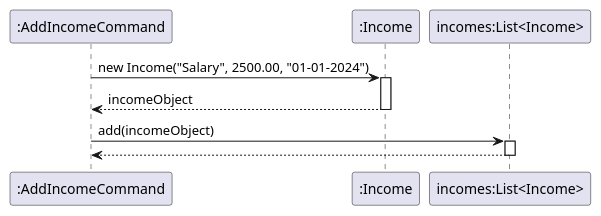
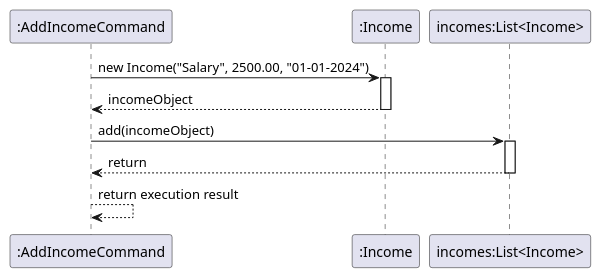
One commit to thienkimtranhoang/tp changed the diagram in docs/diagrams/addincome_sequence_storage.puml. Above: the diagram before and after it, drawn with PlantUML. The commit also changed 6 other files, not shown here.

Commit message:
fix errors in uml

```diff
--- a/docs/diagrams/addincome_sequence_storage.puml
+++ b/docs/diagrams/addincome_sequence_storage.puml
@@ -1,16 +1,19 @@
 @startuml
+
 participant ":AddIncomeCommand" as AddCommand
 participant ":Income" as Income
 participant "incomes:List<Income>" as IncomeList
 
 AddCommand -> Income : new Income("Salary", 2500.00, "01-01-2024")
 activate Income
 Income --> AddCommand : incomeObject
 deactivate Income
 
 AddCommand -> IncomeList : add(incomeObject)
 activate IncomeList
-IncomeList --> AddCommand
+IncomeList --> AddCommand : return
 deactivate IncomeList
 
+AddCommand --> AddCommand : return execution result
+
 @enduml
```
